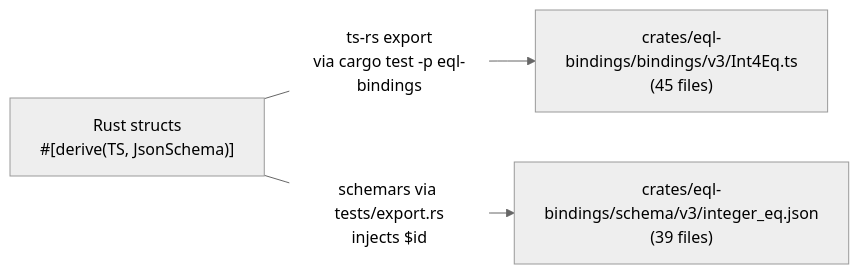
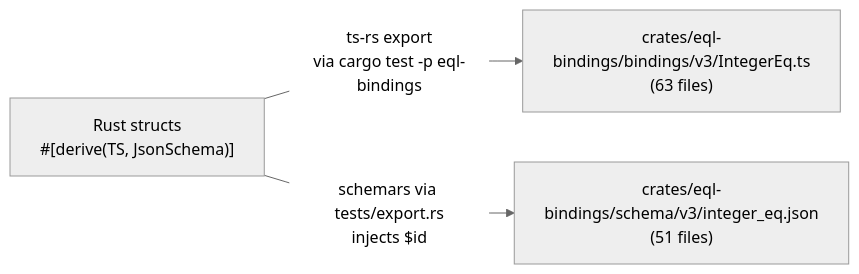
One commit to cipherstash/encrypt-query-language changed the ninth of 15 diagrams in docs/reference/catalog-driven-architecture.md. Above: the diagram before and after it, drawn with Mermaid (neutral theme). The commit also changed other lines of this file and 5 other files, not shown here.

````diff
--- a/docs/reference/catalog-driven-architecture.md
+++ b/docs/reference/catalog-driven-architecture.md
@@ -417,5 +435,5 @@
 ```mermaid
 flowchart LR
-    RS["Rust structs<br/>#[derive(TS, JsonSchema)]"] -->|ts-rs export<br/>via cargo test -p eql-bindings| TS["crates/eql-bindings/bindings/v3/Int4Eq.ts<br/>(45 files)"]
-    RS -->|schemars via tests/export.rs<br/>injects $id| JS["crates/eql-bindings/schema/v3/integer_eq.json<br/>(39 files)"]
+    RS["Rust structs<br/>#[derive(TS, JsonSchema)]"] -->|ts-rs export<br/>via cargo test -p eql-bindings| TS["crates/eql-bindings/bindings/v3/IntegerEq.ts<br/>(63 files)"]
+    RS -->|schemars via tests/export.rs<br/>injects $id| JS["crates/eql-bindings/schema/v3/integer_eq.json<br/>(51 files)"]
 ```
````
